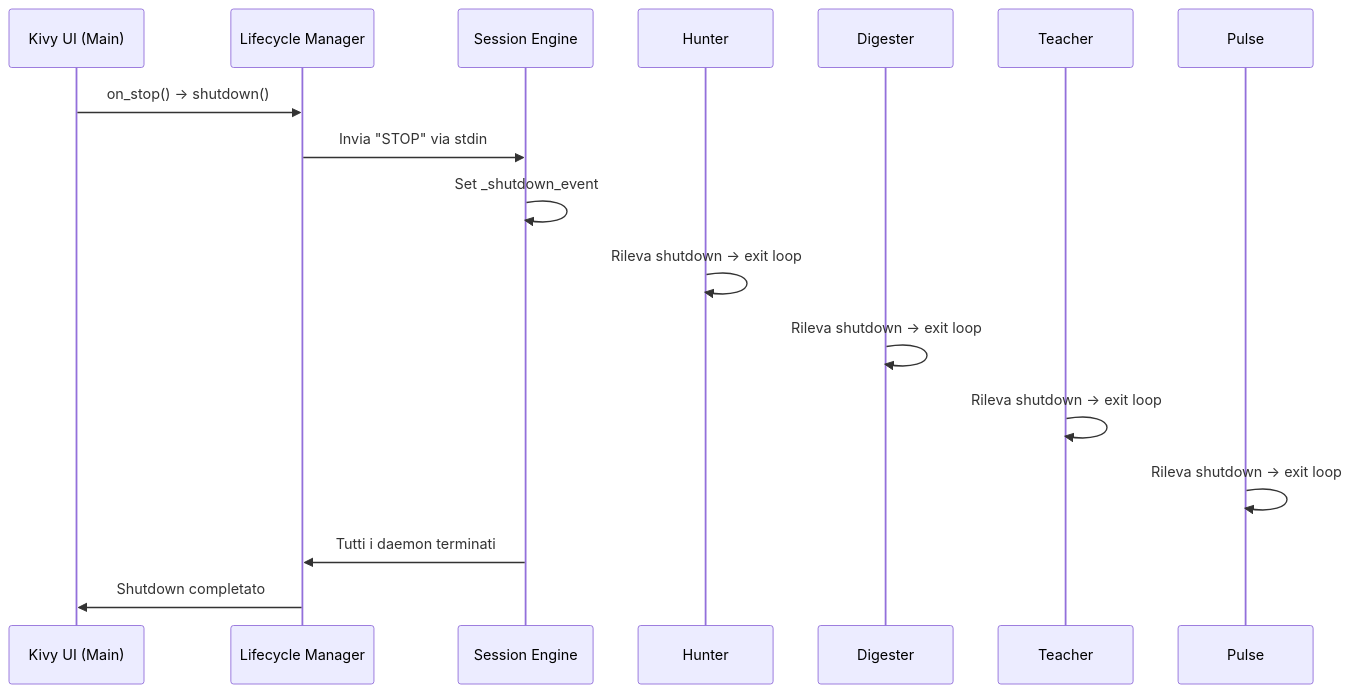
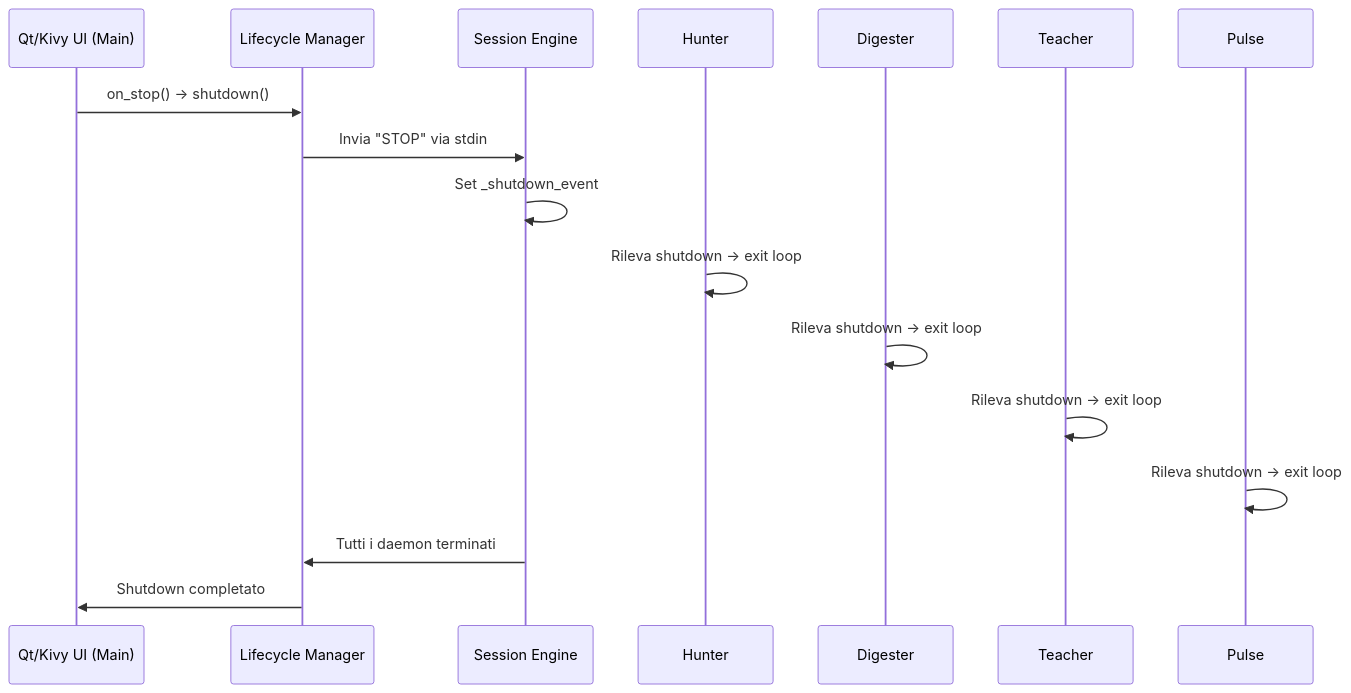
Diagram 14 of 55 in docs/Book-Coach-3.md (renanaugustomacena-ux/Counter-Strike-coach-AI), drawn with Mermaid before and after one commit. The commit also changed other lines of this file and 1 other file, not shown here.

````diff
--- a/docs/Book-Coach-3.md
+++ b/docs/Book-Coach-3.md
@@ -766,20 +818,20 @@
 ```mermaid
 sequenceDiagram
-    participant UI as Kivy UI (Main)
+    participant UI as Qt/Kivy UI (Main)
     participant LC as Lifecycle Manager
     participant SE as Session Engine
     participant H as Hunter
     participant D as Digester
     participant T as Teacher
     participant P as Pulse
 
     UI->>LC: on_stop() → shutdown()
     LC->>SE: Invia "STOP" via stdin
     SE->>SE: Set _shutdown_event
     H->>H: Rileva shutdown → exit loop
     D->>D: Rileva shutdown → exit loop
     T->>T: Rileva shutdown → exit loop
     P->>P: Rileva shutdown → exit loop
     SE->>LC: Tutti i daemon terminati
     LC->>UI: Shutdown completato
 ```
````
